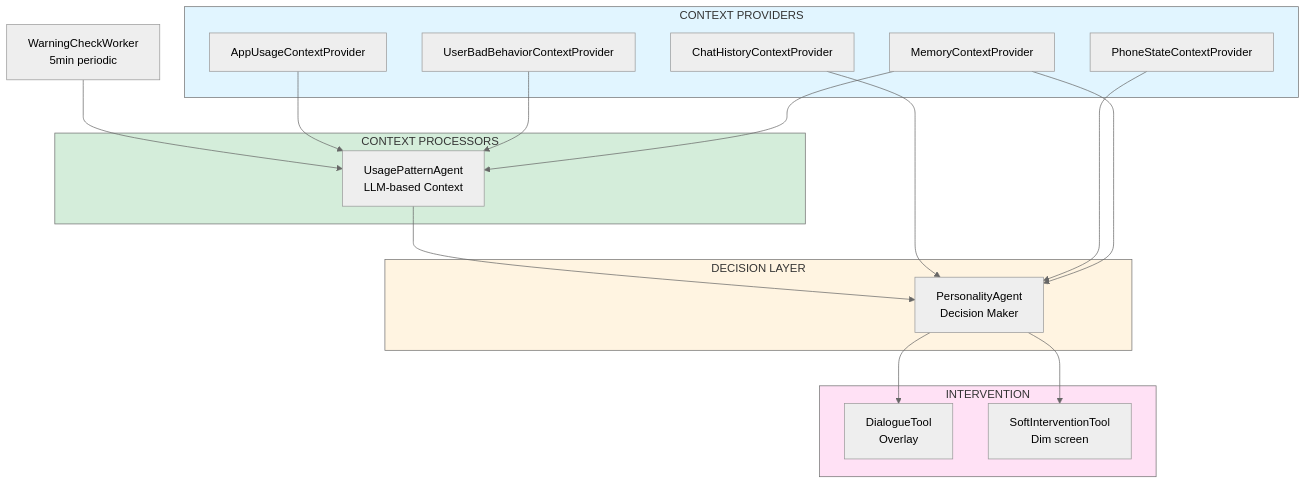
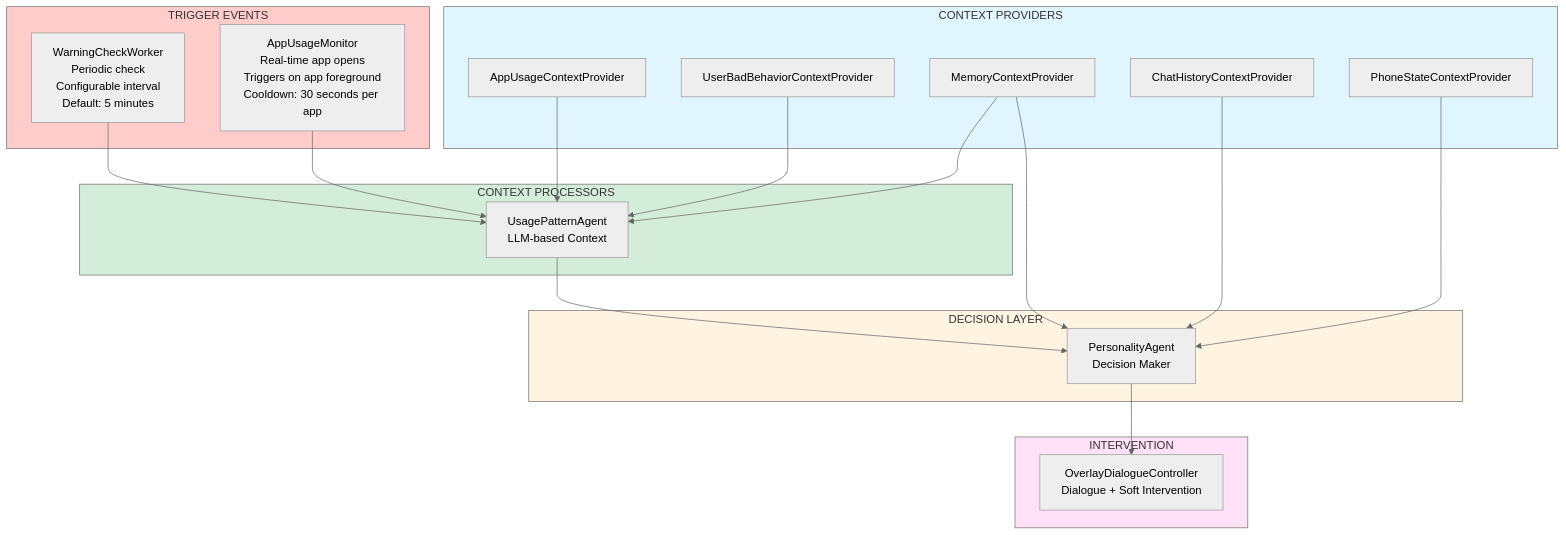
Before and after one commit to JaclyNolan/AIPhoneReminderProject: the second of 2 diagrams in README.md, drawn with Mermaid (neutral theme). The commit also changed other lines of this file and 7 other files, not shown here.

````diff
--- a/README.md
+++ b/README.md
@@ -74,43 +84,48 @@
 ```mermaid
 graph TB
+    subgraph Triggers2["TRIGGER EVENTS"]
+        TR2A[WarningCheckWorker<br/>Periodic check<br/>Configurable interval<br/>Default: 5 minutes]
+        TR2B[AppUsageMonitor<br/>Real-time app opens<br/>Triggers on app foreground<br/>Cooldown: 30 seconds per app]
+    end
+    
     subgraph ContextProviders2["CONTEXT PROVIDERS"]
         CP1[AppUsageContextProvider]
         CP3[UserBadBehaviorContextProvider]
         CP5[MemoryContextProvider]
         CP2[ChatHistoryContextProvider]
         CP4[PhoneStateContextProvider]
     end
     
     subgraph ContextProcessors2["CONTEXT PROCESSORS"]
         P2[UsagePatternAgent<br/>LLM-based Context]
     end
     
     subgraph Agents2["DECISION LAYER"]
         A2[PersonalityAgent<br/>Decision Maker]
     end
     
     subgraph Tools2["INTERVENTION"]
-        T1[DialogueTool<br/>Overlay]
-        T2[SoftInterventionTool<br/>Dim screen]
+        T1[OverlayDialogueController<br/>Dialogue + Soft Intervention]
     end
     
-    Check[WarningCheckWorker<br/>5min periodic] --> P2
+    TR2A --> P2
+    TR2B --> P2
     
     CP1 --> P2
     CP3 --> P2
     CP5 --> P2
     
     P2 --> A2
     
     CP2 --> A2
     CP4 --> A2
     CP5 --> A2
     
     A2 --> T1
-    A2 --> T2
     
+    style Triggers2 fill:#ffcccc
     style ContextProviders2 fill:#e1f5ff
     style ContextProcessors2 fill:#d4edda
     style Agents2 fill:#fff4e1
     style Tools2 fill:#ffe1f5
 ```
````
